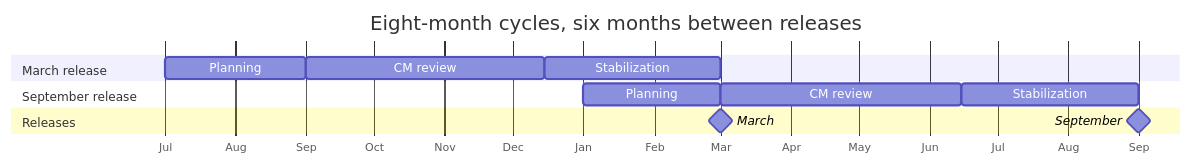
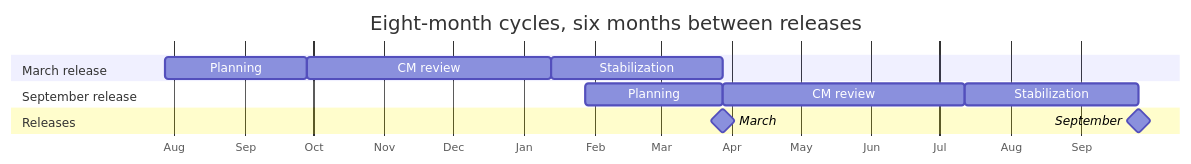
The diagram in docs/seps/3398-release-cycle-updates.mdx (modelcontextprotocol/modelcontextprotocol), drawn with Mermaid before and after one commit. The commit also changed other lines of this file and 1 other file, not shown here.

Commit message:
docs: clarify release dates and freeze voting deadlines

````diff
--- a/docs/seps/3398-release-cycle-updates.mdx
+++ b/docs/seps/3398-release-cycle-updates.mdx
@@ -65,28 +65,28 @@
 ```mermaid
 ---
 config:
     gantt:
         displayMode: compact
         leftPadding: 140
 ---
 gantt
     title Eight-month cycles, six months between releases
     dateFormat YYYY-MM-DD
     axisFormat %b
     tickInterval 1month
     todayMarker off
 
     section March release
-    Planning      :march_plan, 2027-07-01, 2027-09-01
-    CM review     :march_review, 2027-09-01, 2027-12-15
-    Stabilization :march_stabilize, 2027-12-15, 2028-03-01
+    Planning      :march_plan, 2027-07-28, 2027-09-28
+    CM review     :march_review, 2027-09-28, 2028-01-13
+    Stabilization :march_stabilize, 2028-01-13, 2028-03-28
 
     section September release
-    Planning      :september_plan, 2028-01-01, 2028-03-01
-    CM review     :september_review, 2028-03-01, 2028-06-15
-    Stabilization :september_stabilize, 2028-06-15, 2028-09-01
+    Planning      :september_plan, 2028-01-28, 2028-03-28
+    CM review     :september_review, 2028-03-28, 2028-07-12
+    Stabilization :september_stabilize, 2028-07-12, 2028-09-26
 
     section Releases
-    March         :milestone, march_release, 2028-03-01, 0d
-    September     :milestone, september_release, 2028-09-01, 0d
+    March         :milestone, march_release, 2028-03-28, 0d
+    September     :milestone, september_release, 2028-09-26, 0d
 ```
````
